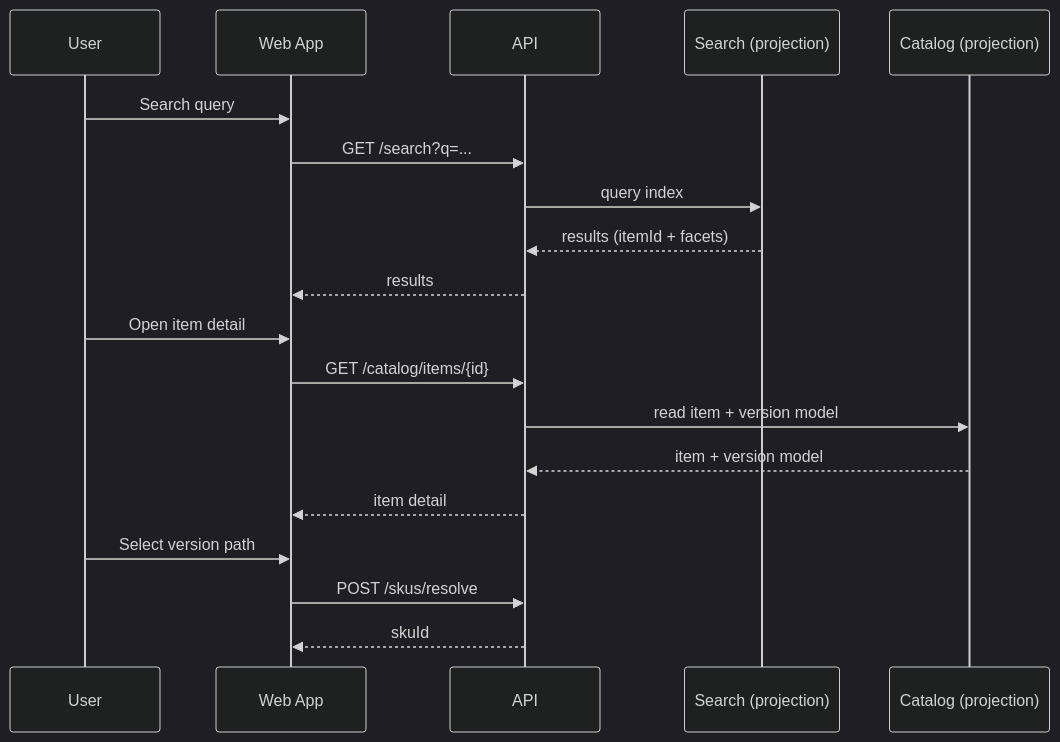
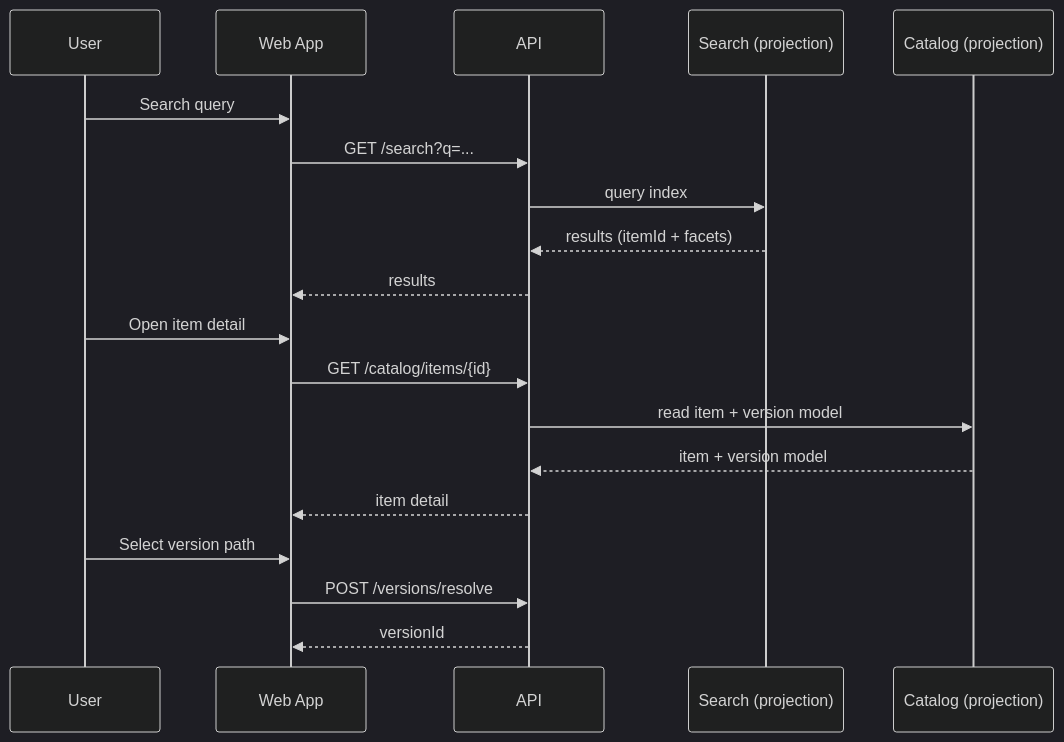
The first of 7 diagrams in artifacts/18-mvp-workflows-and-event-flows.md (todd-skelton/chase-sets), drawn with Mermaid (dark theme) before and after one commit. The commit also changed other lines of this file and 17 other files, not shown here.

Commit message:
docs: replace SKU terminology with version IDs

````diff
--- a/artifacts/18-mvp-workflows-and-event-flows.md
+++ b/artifacts/18-mvp-workflows-and-event-flows.md
@@ -38,24 +38,24 @@
 ```mermaid
 sequenceDiagram
   participant U as User
   participant Web as Web App
   participant API as API
   participant Search as Search (projection)
   participant Catalog as Catalog (projection)
 
   U->>Web: Search query
   Web->>API: GET /search?q=...
   API->>Search: query index
   Search-->>API: results (itemId + facets)
   API-->>Web: results
 
   U->>Web: Open item detail
   Web->>API: GET /catalog/items/{id}
   API->>Catalog: read item + version model
   Catalog-->>API: item + version model
   API-->>Web: item detail
 
   U->>Web: Select version path
-  Web->>API: POST /skus/resolve
-  API-->>Web: skuId
+  Web->>API: POST /versions/resolve
+  API-->>Web: versionId
 ```
````
